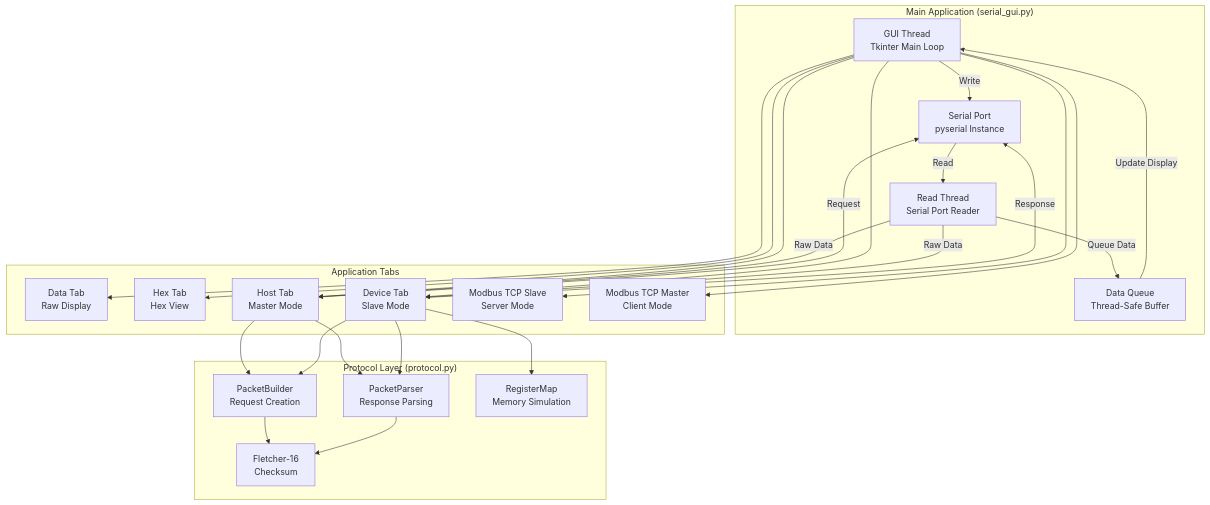
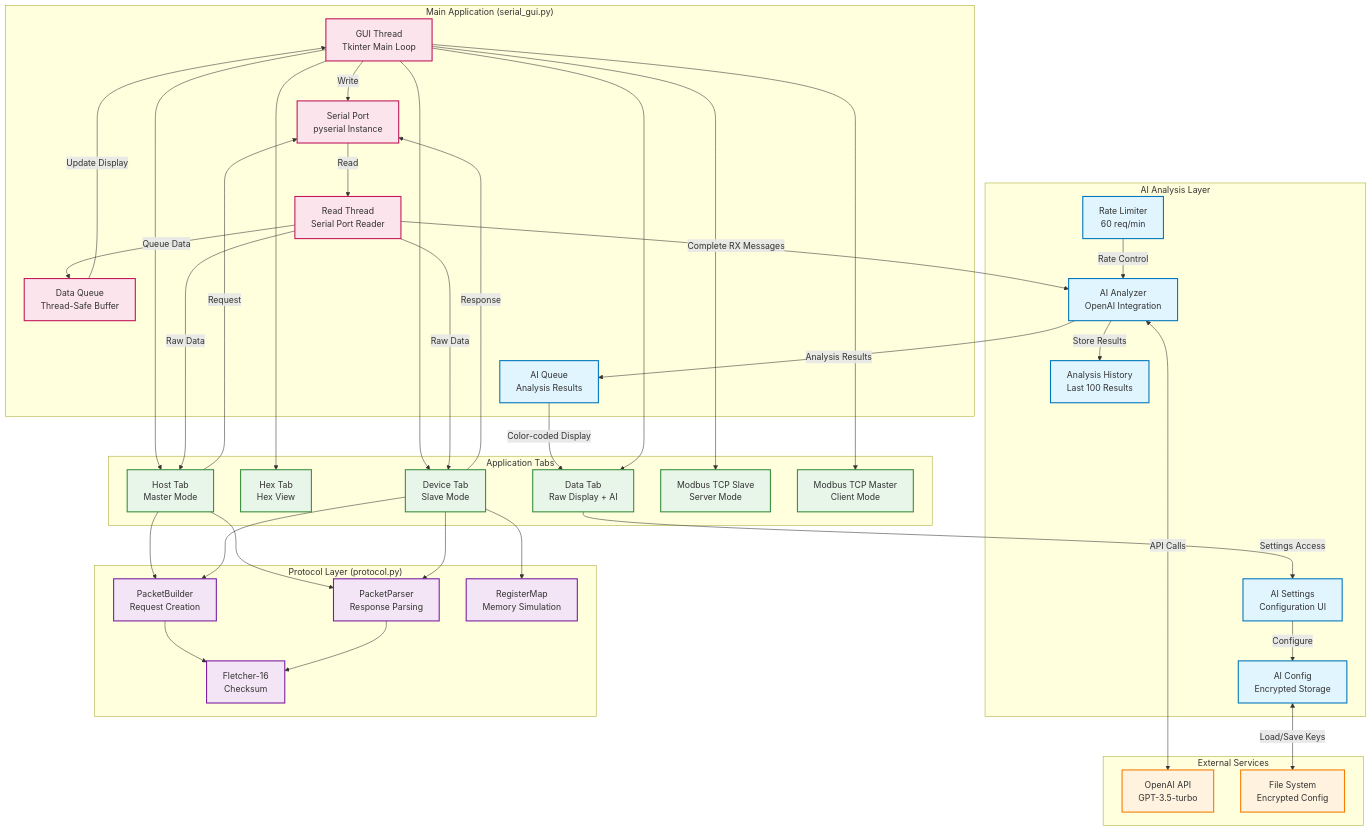
Before and after one commit to BangNguyenSJSU/SerialCOM_Tool: the first of 6 diagrams in README.md, drawn with Mermaid. The commit also changed other lines of this file and 2437 other files, not shown here.

````diff
--- a/README.md
+++ b/README.md
@@ -496,6 +537,15 @@
         RT[Read Thread<br/>Serial Port Reader]
         Q[Data Queue<br/>Thread-Safe Buffer]
         SP[Serial Port<br/>pyserial Instance]
+        AIQ[AI Queue<br/>Analysis Results]
+    end
+    
+    subgraph "AI Analysis Layer"
+        AIA[AI Analyzer<br/>OpenAI Integration]
+        AIC[AI Config<br/>Encrypted Storage]
+        AIS[AI Settings<br/>Configuration UI]
+        AIR[Rate Limiter<br/>60 req/min]
+        AIH[Analysis History<br/>Last 100 Results]
     end
     
     subgraph "Protocol Layer (protocol.py)"
@@ -506,7 +556,7 @@
     end
     
     subgraph "Application Tabs"
-        DT[Data Tab<br/>Raw Display]
+        DT[Data Tab<br/>Raw Display + AI]
         HX[Hex Tab<br/>Hex View]
         HT[Host Tab<br/>Master Mode]
         DV[Device Tab<br/>Slave Mode]
@@ -514,11 +564,27 @@
         MTM[Modbus TCP Master<br/>Client Mode]
     end
     
+    subgraph "External Services"
+        OPENAI[OpenAI API<br/>GPT-3.5-turbo]
+        FS[File System<br/>Encrypted Config]
+    end
+    
     %% Serial Port Connections
     SP -->|Read| RT
     RT -->|Queue Data| Q
     Q -->|Update Display| GUI
     GUI -->|Write| SP
+    
+    %% AI Integration Flow
+    RT -->|Complete RX Messages| AIA
+    AIA -->|Analysis Results| AIQ
+    AIQ -->|Color-coded Display| DT
+    AIA -->|Store Results| AIH
+    AIR -->|Rate Control| AIA
+    AIA <-->|API Calls| OPENAI
+    AIC <-->|Load/Save Keys| FS
+    AIS -->|Configure| AIC
+    DT -->|Settings Access| AIS
     
     %% Tab Connections
     GUI --> DT
@@ -542,4 +608,17 @@
     RT -->|Raw Data| HT
     DV -->|Response| SP
     HT -->|Request| SP
+    
+    %% Styling
+    classDef aiClass fill:#e1f5fe,stroke:#0277bd,stroke-width:2px
+    classDef protocolClass fill:#f3e5f5,stroke:#7b1fa2,stroke-width:2px
+    classDef tabClass fill:#e8f5e9,stroke:#388e3c,stroke-width:2px
+    classDef externalClass fill:#fff3e0,stroke:#f57c00,stroke-width:2px
+    classDef mainClass fill:#fce4ec,stroke:#c2185b,stroke-width:2px
+    
+    class AIA,AIC,AIS,AIR,AIH,AIQ aiClass
+    class PB,PP,F16,REG protocolClass
+    class DT,HX,HT,DV,MTS,MTM tabClass
+    class OPENAI,FS externalClass
+    class GUI,RT,Q,SP mainClass
 ```
````
